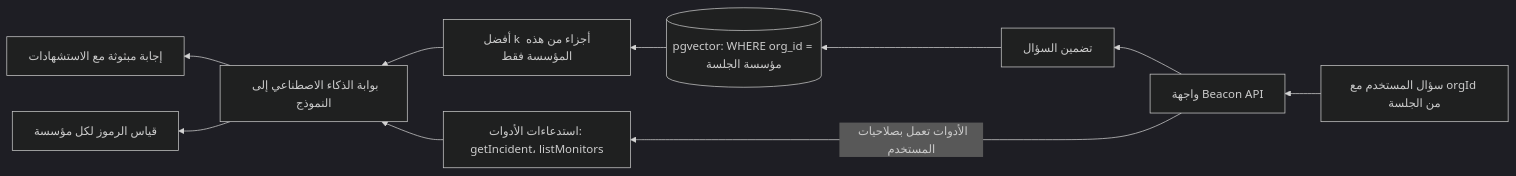
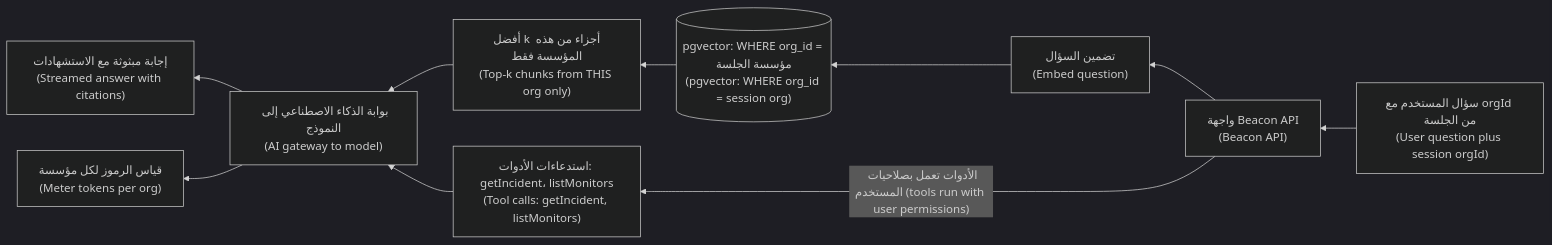
Before and after one commit to Tamoura/system-design-for-vibe-coders: the second of 2 diagrams in saas/modules/08-trust-frontier.ar.md, drawn with Mermaid (dark theme). The commit also changed other lines of this file and 62 other files, not shown here.

First line of the commit message:
Arabic editions: English on every diagram label, RTL fixes, rebuild

````diff
--- a/saas/modules/08-trust-frontier.ar.md
+++ b/saas/modules/08-trust-frontier.ar.md
@@ -329,12 +329,12 @@
 ```mermaid
 flowchart RL
-  Q["سؤال المستخدم مع orgId من الجلسة"] --> GW["واجهة Beacon API"]
-  GW --> EMB["تضمين السؤال"]
-  EMB --> VS[("pgvector: WHERE org_id = مؤسسة الجلسة")]
-  VS --> CTX["أفضل k أجزاء من هذه المؤسسة فقط"]
-  CTX --> LLM["بوابة الذكاء الاصطناعي إلى النموذج"]
-  GW -->|"الأدوات تعمل بصلاحيات المستخدم"| TOOLS["استدعاءات الأدوات: getIncident، listMonitors"]
+  Q["سؤال المستخدم مع orgId من الجلسة<br/>(User question plus session orgId)"] --> GW["واجهة Beacon API<br/>(Beacon API)"]
+  GW --> EMB["تضمين السؤال<br/>(Embed question)"]
+  EMB --> VS[("pgvector: WHERE org_id = مؤسسة الجلسة<br/>(pgvector: WHERE org_id = session org)")]
+  VS --> CTX["أفضل k أجزاء من هذه المؤسسة فقط<br/>(Top-k chunks from THIS org only)"]
+  CTX --> LLM["بوابة الذكاء الاصطناعي إلى النموذج<br/>(AI gateway to model)"]
+  GW -->|"الأدوات تعمل بصلاحيات المستخدم (tools run with user permissions)"| TOOLS["استدعاءات الأدوات: getIncident، listMonitors<br/>(Tool calls: getIncident, listMonitors)"]
   TOOLS --> LLM
-  LLM --> S["إجابة مبثوثة مع الاستشهادات"]
-  LLM --> M["قياس الرموز لكل مؤسسة"]
+  LLM --> S["إجابة مبثوثة مع الاستشهادات<br/>(Streamed answer with citations)"]
+  LLM --> M["قياس الرموز لكل مؤسسة<br/>(Meter tokens per org)"]
 ```
````
